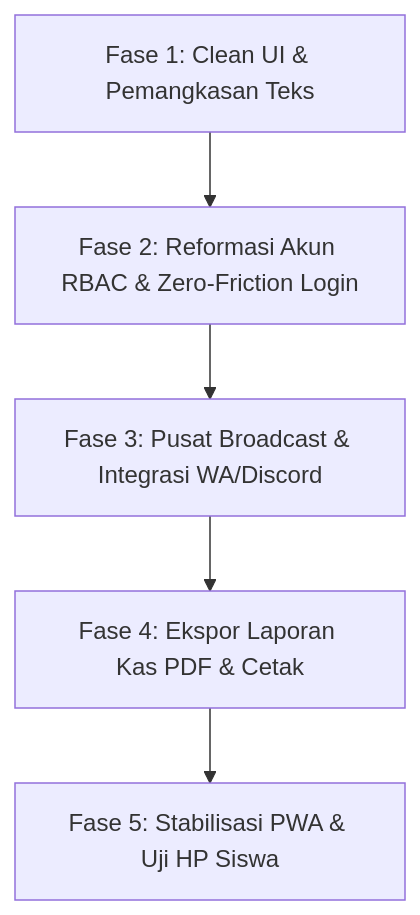
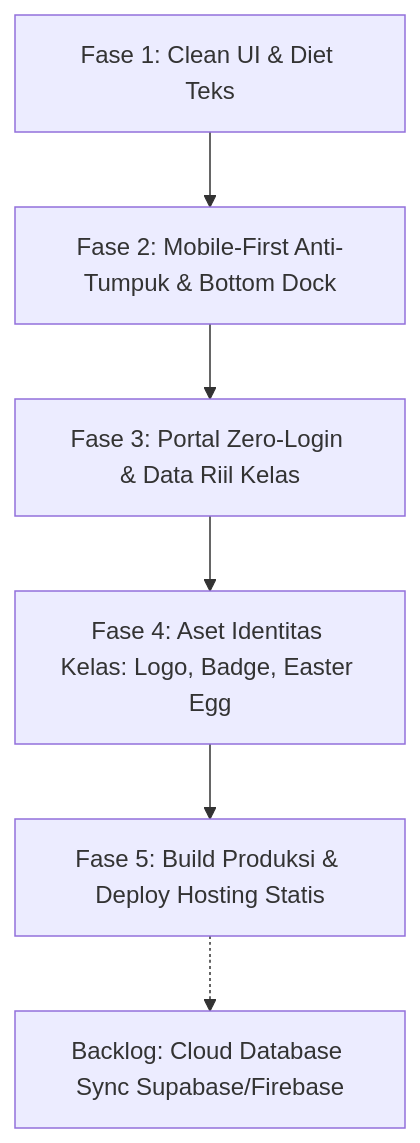
One commit to pikri-beep/classhub changed the diagram in FUTURE_PLAN.md. Above: the diagram before and after it, drawn with Mermaid. The commit also changed other lines of this file and 14 other files, not shown here.

Commit message:
feat: implement zero-profile student portal and streamlined admin dashboard

````diff
--- a/FUTURE_PLAN.md
+++ b/FUTURE_PLAN.md
@@ -296,7 +277,8 @@
 ```mermaid
 graph TD
-    A[Fase 1: Clean UI & Pemangkasan Teks] --> B[Fase 2: Reformasi Akun RBAC & Zero-Friction Login]
-    B --> C[Fase 3: Pusat Broadcast & Integrasi WA/Discord]
-    C --> D[Fase 4: Ekspor Laporan Kas PDF & Cetak]
-    D --> E[Fase 5: Stabilisasi PWA & Uji HP Siswa]
+    A[Fase 1: Clean UI & Diet Teks] --> B[Fase 2: Mobile-First Anti-Tumpuk & Bottom Dock]
+    B --> C[Fase 3: Portal Zero-Login & Data Riil Kelas]
+    C --> D[Fase 4: Aset Identitas Kelas: Logo, Badge, Easter Egg]
+    D --> E[Fase 5: Build Produksi & Deploy Hosting Statis]
+    E -.-> F[Backlog: Cloud Database Sync Supabase/Firebase]
 ```
````
